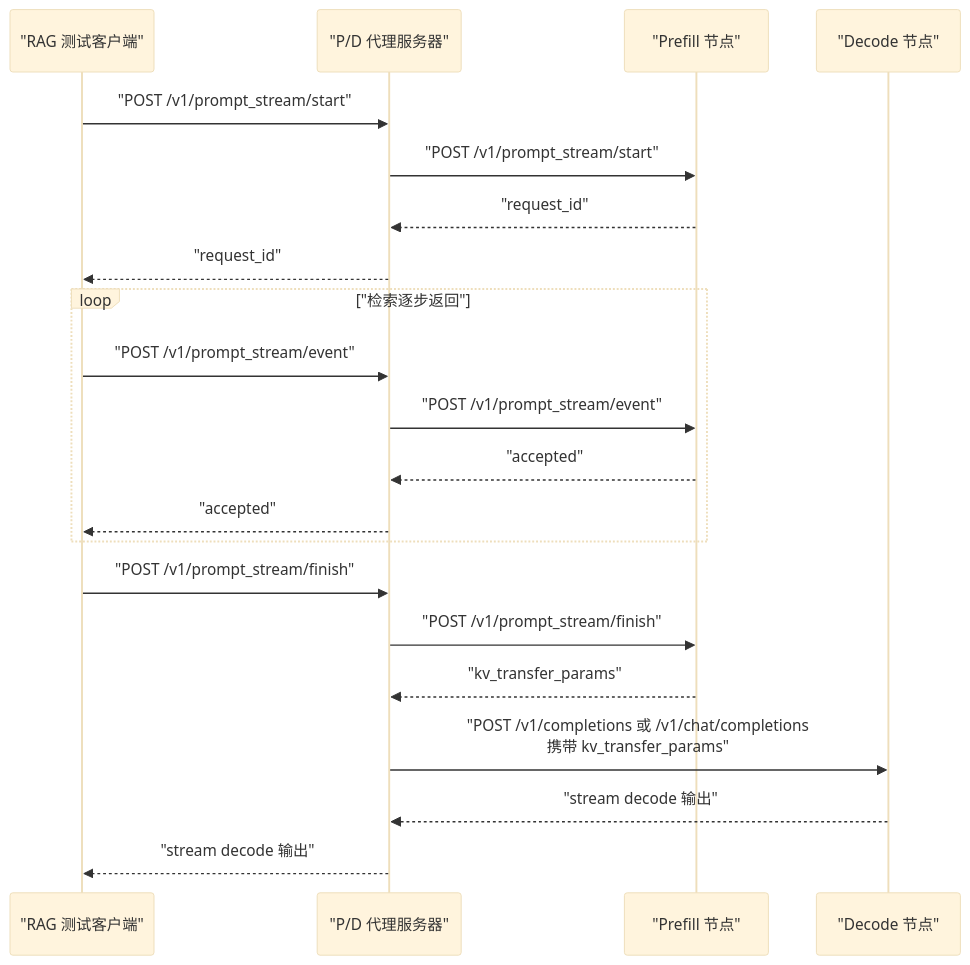
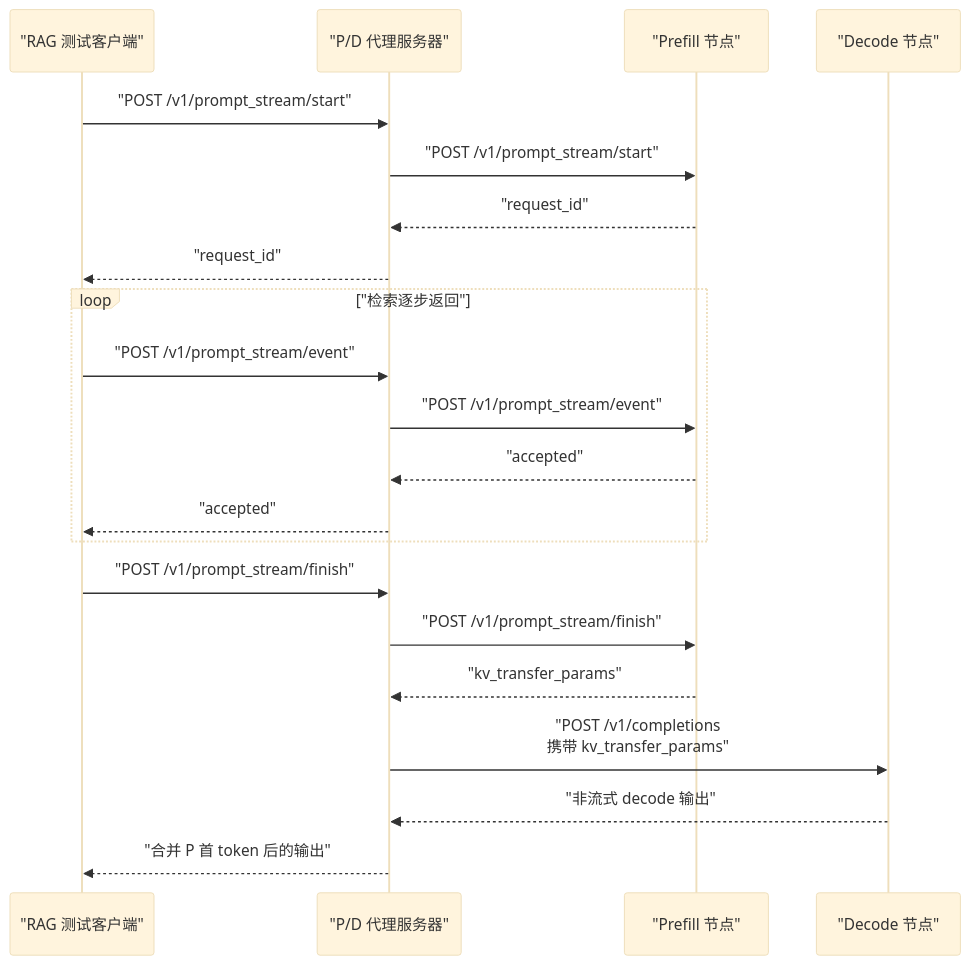
One commit to crashingby/mixed-source-stream-prefill changed the second of 3 diagrams in research/RESTFUL.md. Above: the diagram before and after it, drawn with Mermaid (base theme). The commit also changed other lines of this file and 18 other files, not shown here.

````diff
--- a/research/RESTFUL.md
+++ b/research/RESTFUL.md
@@ -43,26 +49,26 @@
 ```mermaid
 sequenceDiagram
     participant C as "RAG 测试客户端"
     participant Proxy as "P/D 代理服务器"
     participant P as "Prefill 节点"
     participant D as "Decode 节点"
 
     C->>Proxy: "POST /v1/prompt_stream/start"
     Proxy->>P: "POST /v1/prompt_stream/start"
     P-->>Proxy: "request_id"
     Proxy-->>C: "request_id"
 
     loop "检索逐步返回"
         C->>Proxy: "POST /v1/prompt_stream/event"
         Proxy->>P: "POST /v1/prompt_stream/event"
         P-->>Proxy: "accepted"
         Proxy-->>C: "accepted"
     end
 
     C->>Proxy: "POST /v1/prompt_stream/finish"
     Proxy->>P: "POST /v1/prompt_stream/finish"
     P-->>Proxy: "kv_transfer_params"
-    Proxy->>D: "POST /v1/completions 或 /v1/chat/completions<br>携带 kv_transfer_params"
-    D-->>Proxy: "stream decode 输出"
-    Proxy-->>C: "stream decode 输出"
+    Proxy->>D: "POST /v1/completions<br>携带 kv_transfer_params"
+    D-->>Proxy: "非流式 decode 输出"
+    Proxy-->>C: "合并 P 首 token 后的输出"
 ```
````
